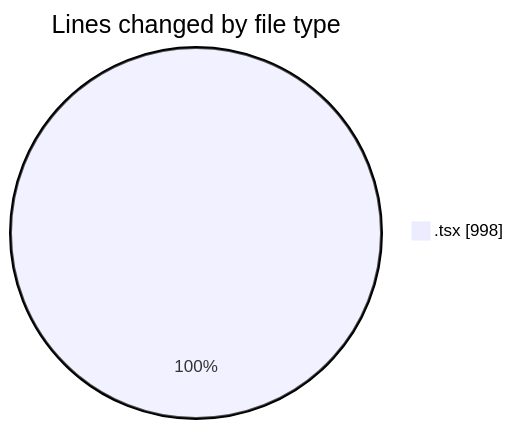
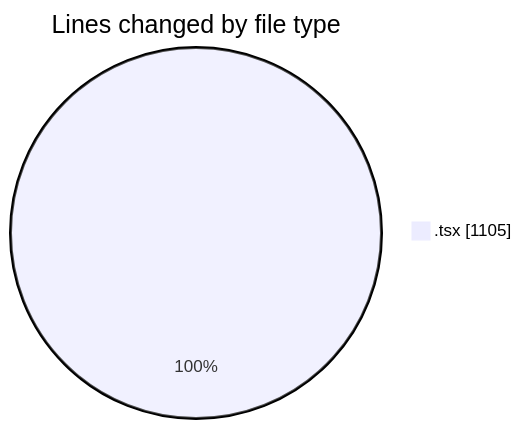
One commit to nxtqubesakshisongat/code-tracking changed the first of 2 diagrams in 2026-03-22/nxtqube_webapp/README.md. Above: the diagram before and after it, drawn with Mermaid. The commit also changed other lines of this file and 1 other file, not shown here.

````diff
--- a/2026-03-22/nxtqube_webapp/README.md
+++ b/2026-03-22/nxtqube_webapp/README.md
@@ -21,5 +22,5 @@
 ```mermaid
 pie showData
 title Lines changed by file type
-".tsx" : 998
+".tsx" : 1105
 ```
````
